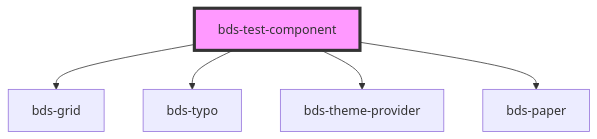
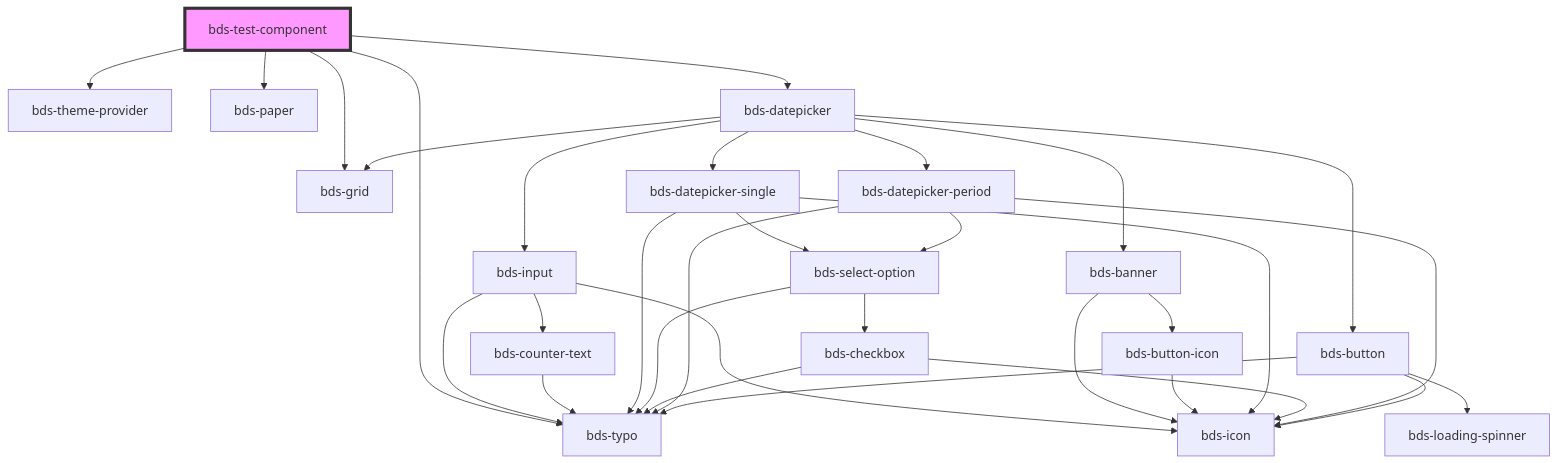
The diagram in src/components/test-component/readme.md (takenet/blip-ds), drawn with Mermaid before and after one commit. The commit also changed other lines of this file and 8 other files, not shown here.

Commit message:
feat(datepicker): resolved problema when select defalut datepicker

````diff
--- a/src/components/test-component/readme.md
+++ b/src/components/test-component/readme.md
@@ -18,8 +19,35 @@
 ```mermaid
 graph TD;
   bds-test-component --> bds-grid
   bds-test-component --> bds-typo
   bds-test-component --> bds-theme-provider
   bds-test-component --> bds-paper
+  bds-test-component --> bds-datepicker
+  bds-datepicker --> bds-input
+  bds-datepicker --> bds-grid
+  bds-datepicker --> bds-banner
+  bds-datepicker --> bds-datepicker-single
+  bds-datepicker --> bds-datepicker-period
+  bds-datepicker --> bds-button
+  bds-input --> bds-icon
+  bds-input --> bds-typo
+  bds-input --> bds-counter-text
+  bds-counter-text --> bds-typo
+  bds-banner --> bds-icon
+  bds-banner --> bds-button-icon
+  bds-button-icon --> bds-icon
+  bds-datepicker-single --> bds-typo
+  bds-datepicker-single --> bds-icon
+  bds-datepicker-single --> bds-select-option
+  bds-select-option --> bds-typo
+  bds-select-option --> bds-checkbox
+  bds-checkbox --> bds-icon
+  bds-checkbox --> bds-typo
+  bds-datepicker-period --> bds-typo
+  bds-datepicker-period --> bds-icon
+  bds-datepicker-period --> bds-select-option
+  bds-button --> bds-loading-spinner
+  bds-button --> bds-icon
+  bds-button --> bds-typo
   style bds-test-component fill:#f9f,stroke:#333,stroke-width:4px
 ```
````
